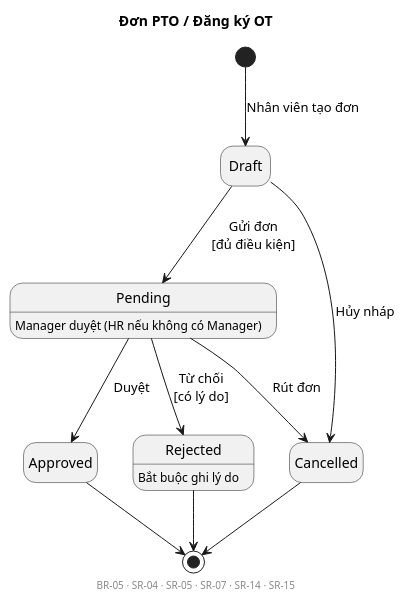
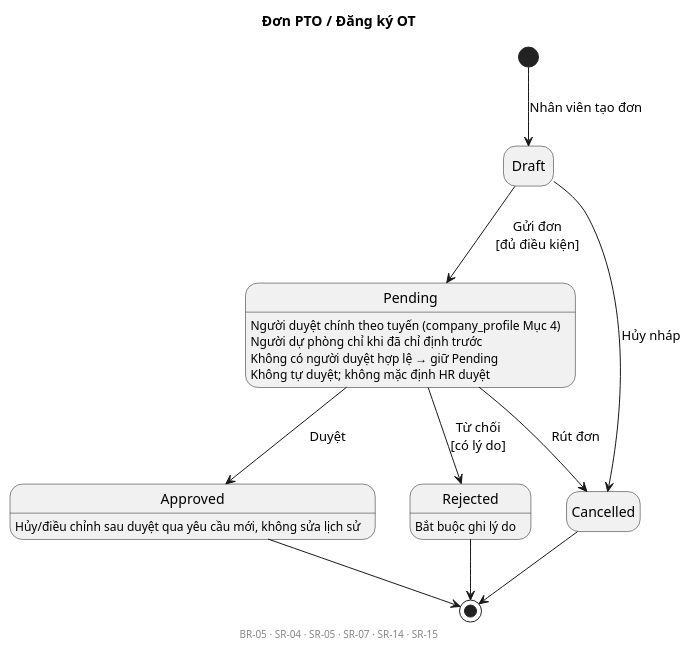
The diagram in docs/uml/state/state_pto_ot.puml (gihan160306/HRFlow), drawn with PlantUML before and after one commit. The commit also changed 16 other files, not shown here.

```diff
--- a/docs/uml/state/state_pto_ot.puml
+++ b/docs/uml/state/state_pto_ot.puml
@@ -2,22 +2,26 @@
 @startuml state_pto_ot
 title Đơn PTO / Đăng ký OT
 hide empty description
 
 [*] --> Draft : Nhân viên tạo đơn
 
 Draft --> Pending : Gửi đơn\n[đủ điều kiện]
 Draft --> Cancelled : Hủy nháp
 
 Pending --> Approved : Duyệt
 Pending --> Rejected : Từ chối\n[có lý do]
 Pending --> Cancelled : Rút đơn
 
 Approved --> [*]
 Rejected --> [*]
 Cancelled --> [*]
 
-Pending : Manager duyệt (HR nếu không có Manager)
+Pending : Người duyệt chính theo tuyến (company_profile Mục 4)
+Pending : Người dự phòng chỉ khi đã chỉ định trước
+Pending : Không có người duyệt hợp lệ → giữ Pending
+Pending : Không tự duyệt; không mặc định HR duyệt
+Approved : Hủy/điều chỉnh sau duyệt qua yêu cầu mới, không sửa lịch sử
 Rejected : Bắt buộc ghi lý do
 
 footer BR-05 · SR-04 · SR-05 · SR-07 · SR-14 · SR-15
 @enduml
```
